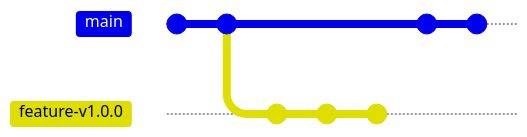
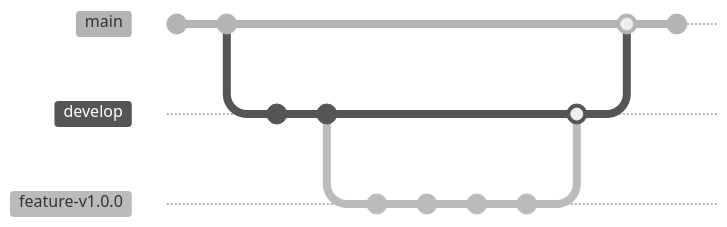
One commit to qzi/qzi.github.io changed the second of 2 diagrams in source/_posts/technology/quickbook-for-git.md. Above: the diagram before and after it, drawn with Mermaid. Commit ids are hidden.

Commit message:
update the git graph

````diff
--- a/source/_posts/technology/quickbook-for-git.md
+++ b/source/_posts/technology/quickbook-for-git.md
@@ -189,12 +189,24 @@
 ```mermaid
+%%{init: { 'logLevel': 'debug', 'theme': 'neutral' } }%%
 gitGraph
   commit
   commit
+
+  branch develop
+  checkout develop
+  commit
+  commit
+
   branch feature-v1.0.0
   commit
   commit
-  commit
-  checkout main
+  checkout feature-v1.0.0
   commit
   commit
+  checkout develop
+  merge feature-v1.0.0
+  checkout main
+  merge develop
+  commit
+
 ```
````
